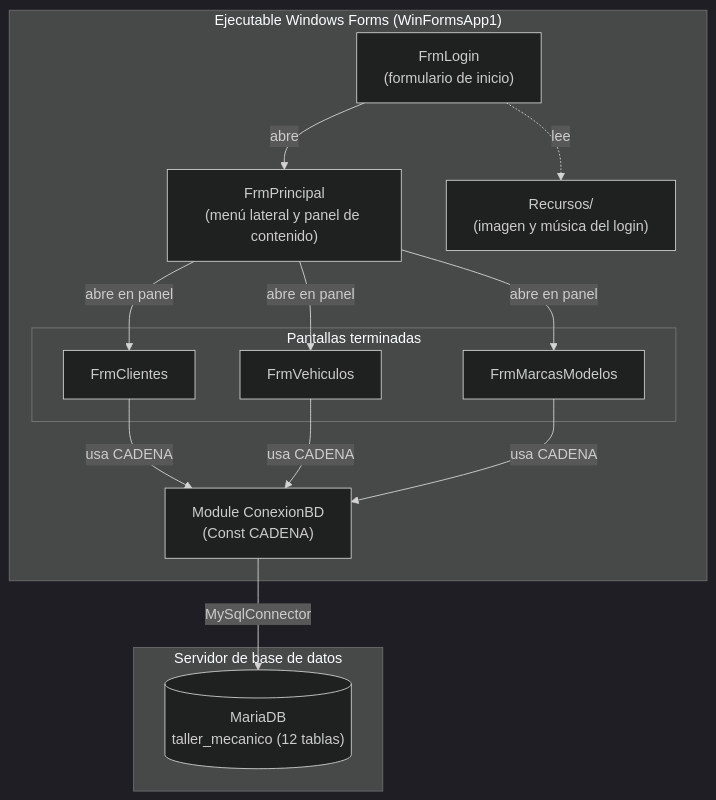
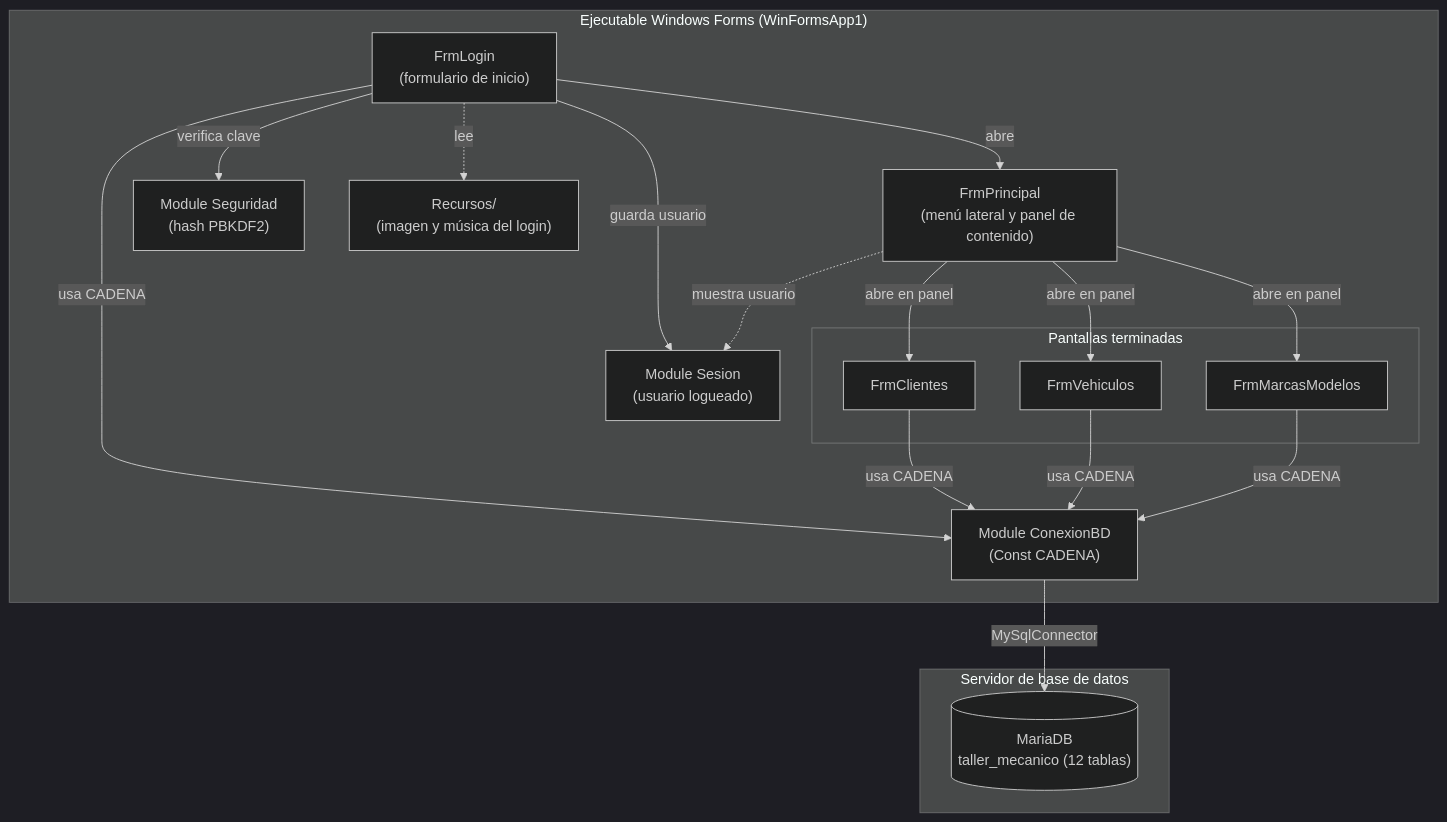
Before and after one commit to MedinaLucas1996/taller-mecanico: the diagram in README.md, drawn with Mermaid (dark theme). The commit also changed other lines of this file and 2 other files, not shown here.

Commit message:
docs: document login validation and PBKDF2 scheme

````diff
--- a/README.md
+++ b/README.md
@@ -32,28 +32,34 @@
 ```mermaid
 graph TD
     subgraph Cliente["Ejecutable Windows Forms (WinFormsApp1)"]
         Login["FrmLogin<br/>(formulario de inicio)"]
         Principal["FrmPrincipal<br/>(menú lateral y panel de contenido)"]
         subgraph Pantallas["Pantallas terminadas"]
             Clientes["FrmClientes"]
             Vehiculos["FrmVehiculos"]
             Marcas["FrmMarcasModelos"]
         end
         Conexion["Module ConexionBD<br/>(Const CADENA)"]
+        Seguridad["Module Seguridad<br/>(hash PBKDF2)"]
+        Sesion["Module Sesion<br/>(usuario logueado)"]
         Recursos["Recursos/<br/>(imagen y música del login)"]
     end
 
     subgraph Datos["Servidor de base de datos"]
         DB[("MariaDB<br/>taller_mecanico (12 tablas)")]
     end
 
     Login -->|"abre"| Principal
     Login -.->|"lee"| Recursos
+    Login -->|"verifica clave"| Seguridad
+    Login -->|"usa CADENA"| Conexion
+    Login -->|"guarda usuario"| Sesion
+    Principal -.->|"muestra usuario"| Sesion
     Principal -->|"abre en panel"| Clientes
     Principal -->|"abre en panel"| Vehiculos
     Principal -->|"abre en panel"| Marcas
     Clientes -->|"usa CADENA"| Conexion
     Vehiculos -->|"usa CADENA"| Conexion
     Marcas -->|"usa CADENA"| Conexion
     Conexion -->|"MySqlConnector"| DB
 ```
````
